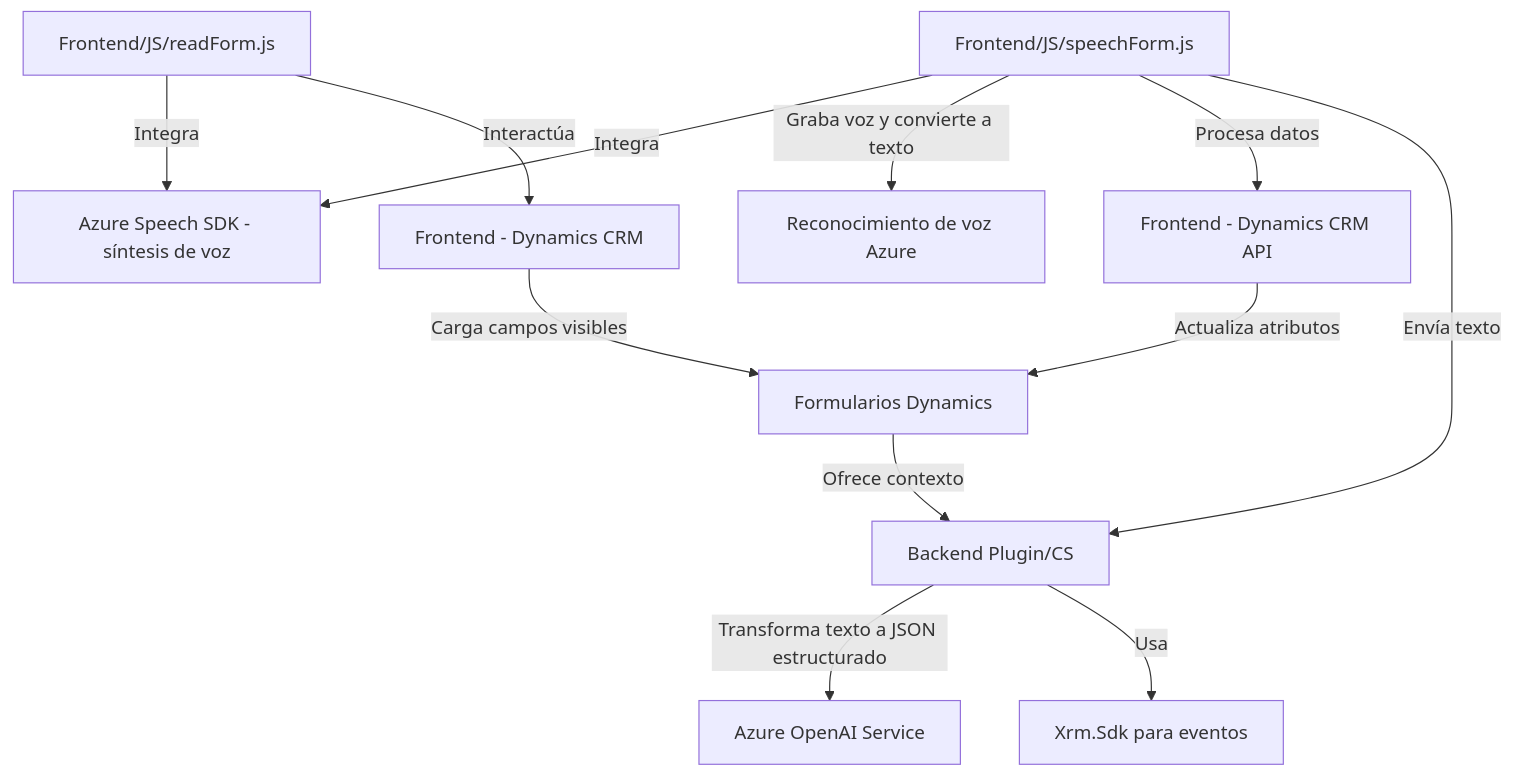
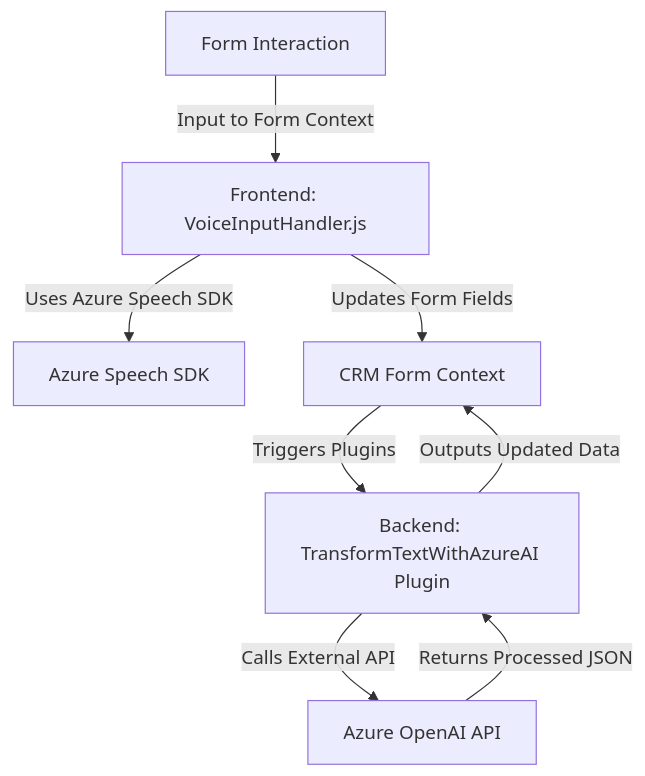
The diagram in README.md (blopezdm/NETCORE_BILBAO2025), drawn with Mermaid before and after one commit. The commit also changed other lines of this file, not shown here.

````diff
--- a/README.md
+++ b/README.md
@@ -47,14 +44,10 @@
 ```mermaid
 graph TD
-  A["Frontend/JS/readForm.js"] -->|Integra| B["Azure Speech SDK - síntesis de voz"]
-  A -->|Interactúa| C["Frontend - Dynamics CRM"]
-  C -->|Carga campos visibles| D["Formularios Dynamics"]
-  E["Frontend/JS/speechForm.js"] -->|Integra| B
-  E -->|Graba voz y convierte a texto| F["Reconocimiento de voz Azure"]
-  E -->|Procesa datos| G["Frontend - Dynamics CRM API"]
-  G -->|Actualiza atributos| D
-  E -->|Envía texto| H["Backend Plugin/CS"]
-  H -->|Transforma texto a JSON estructurado| I["Azure OpenAI Service"]
-  H -->|Usa| J["Xrm.Sdk para eventos"]
-  D -->|Ofrece contexto| H
+  A["Form Interaction"] -->|Input to Form Context| B["Frontend: VoiceInputHandler.js"]
+  B -->|Uses Azure Speech SDK| C["Azure Speech SDK"]
+  B -->|Updates Form Fields| D["CRM Form Context"]
+  D -->|Triggers Plugins| E["Backend: TransformTextWithAzureAI Plugin"]
+  E -->|Calls External API| F["Azure OpenAI API"]
+  F -->|Returns Processed JSON| E
+  E -->|Outputs Updated Data| D
 ```
````
